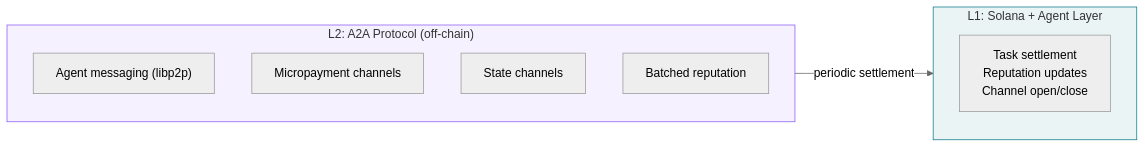
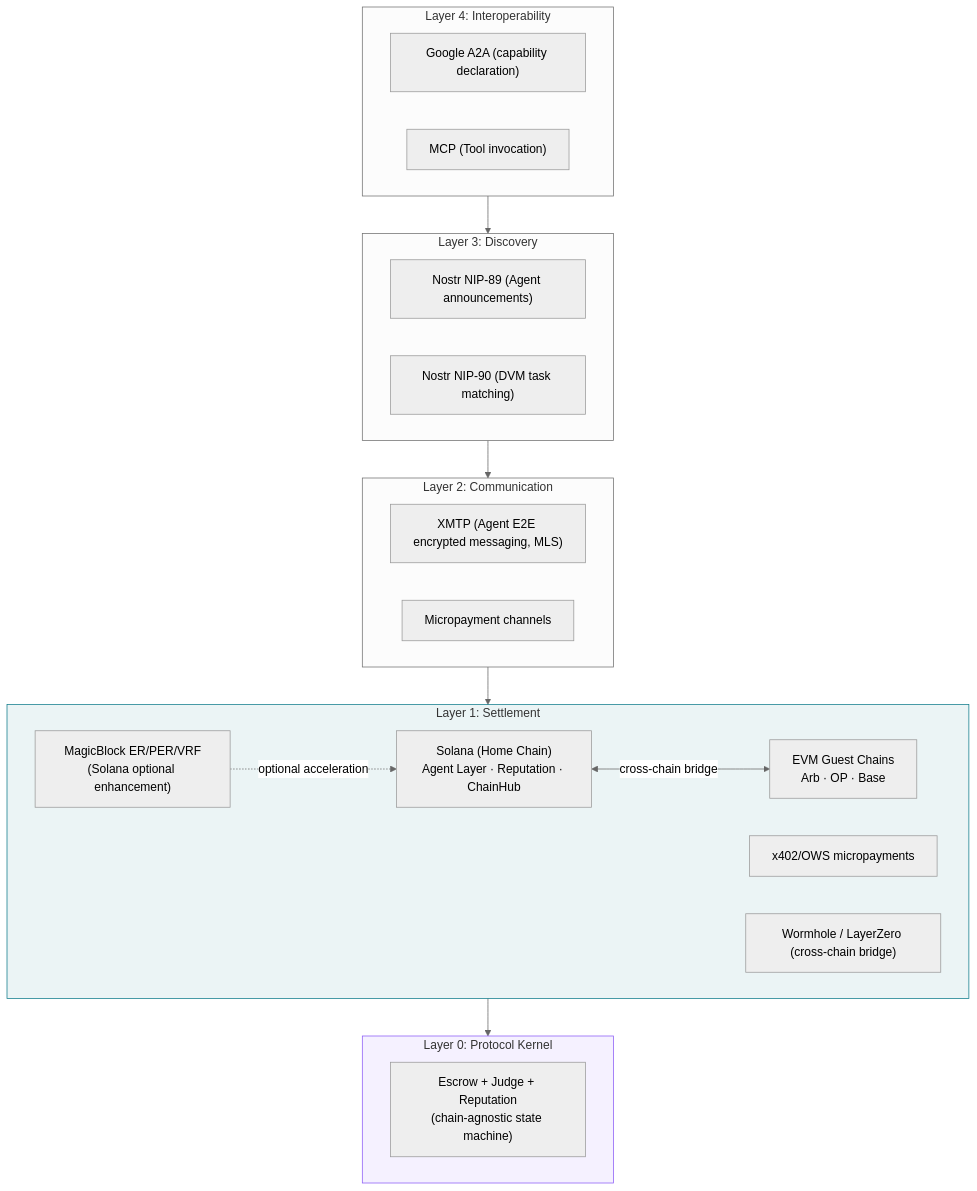
Before and after one commit to DaviRain-Su/gradience: the third of 9 diagrams in README.md, drawn with Mermaid (neutral theme). The commit also changed other lines of this file and 42 other files, not shown here.

First line of the commit message:
docs: architecture refactor u2014 five-layer alignment, agent-daemon status sync

````diff
--- a/README.md
+++ b/README.md
@@ -158,17 +158,35 @@
 ```mermaid
-flowchart LR
-    subgraph L1["L1: Solana + Agent Layer"]
-        S["Task settlement<br/>Reputation updates<br/>Channel open/close"]
+flowchart TB
+    subgraph L4["Layer 4: Interoperability"]
+        A2A_P["Google A2A (capability declaration)"]
+        MCP["MCP (Tool invocation)"]
     end
-    subgraph L2["L2: A2A Protocol (off-chain)"]
-        M["Agent messaging (libp2p)"]
-        P["Micropayment channels"]
-        C["State channels"]
-        B["Batched reputation"]
+    subgraph L3["Layer 3: Discovery"]
+        NIP89["Nostr NIP-89 (Agent announcements)"]
+        NIP90["Nostr NIP-90 (DVM task matching)"]
     end
-    
-    L2 -->|"periodic settlement"| L1
-    
+    subgraph L2["Layer 2: Communication"]
+        XMTP["XMTP (Agent E2E encrypted messaging, MLS)"]
+        Micro["Micropayment channels"]
+    end
+    subgraph L1["Layer 1: Settlement"]
+        Sol["Solana (Home Chain)<br/>Agent Layer · Reputation · ChainHub"]
+        EVM["EVM Guest Chains<br/>Arb · OP · Base"]
+        MB["MagicBlock ER/PER/VRF<br/>(Solana optional enhancement)"]
+        Pay["x402/OWS micropayments"]
+        Bridge["Wormhole / LayerZero (cross-chain bridge)"]
+    end
+    subgraph L0["Layer 0: Protocol Kernel"]
+        Kernel["Escrow + Judge + Reputation<br/>(chain-agnostic state machine)"]
+    end
+
+    L4 --> L3
+    L3 --> L2
+    L2 --> L1
+    L1 --> L0
+    Sol <-->|"cross-chain bridge"| EVM
+    MB -.->|"optional acceleration"| Sol
+
     style L1 fill:#0f7b8a15,stroke:#0f7b8a
-    style L2 fill:#8b5cf615,stroke:#8b5cf6
+    style L0 fill:#8b5cf615,stroke:#8b5cf6
 ```
````
